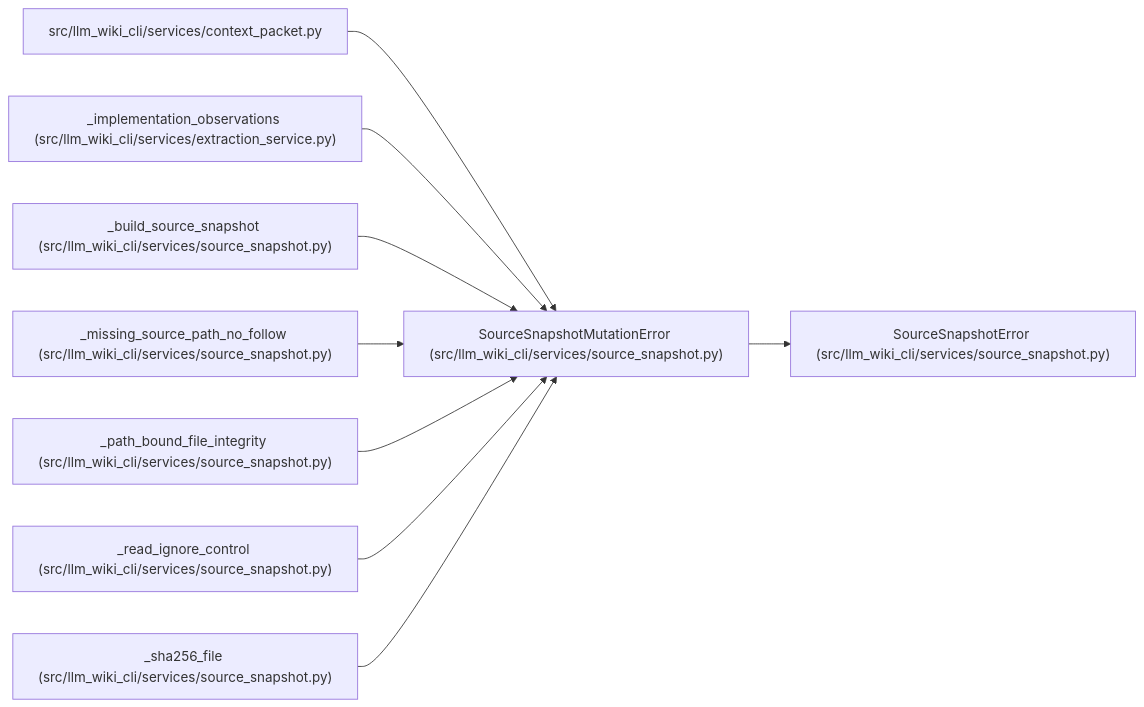
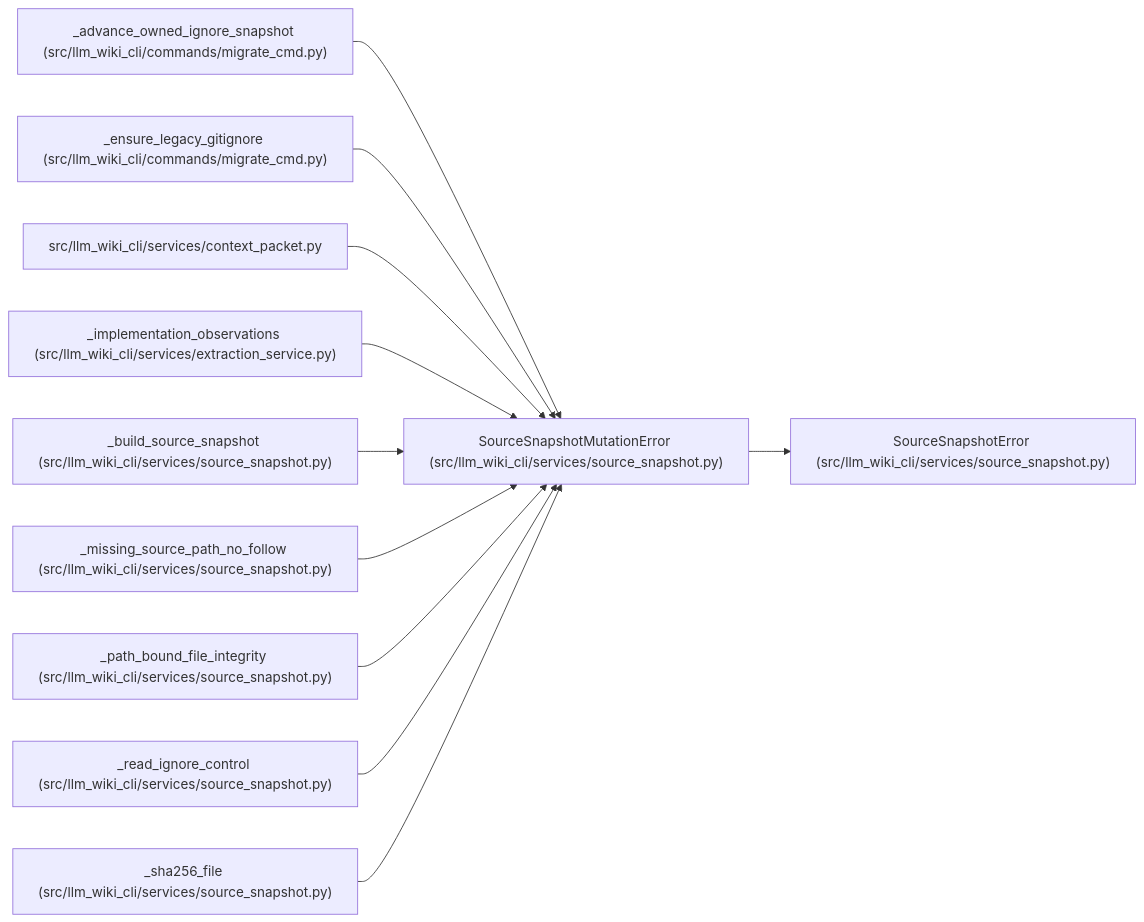
One commit to Denissvgn/python-wiki-llm changed the diagram in docs/llm_wiki/entities/SourceSnapshotMutationError.md. Above: the diagram before and after it, drawn with Mermaid. The commit also changed other lines of this file and 268 other files, not shown here.

````diff
--- a/docs/llm_wiki/entities/SourceSnapshotMutationError.md
+++ b/docs/llm_wiki/entities/SourceSnapshotMutationError.md
@@ -23,29 +23,35 @@
 ```mermaid
 flowchart LR
     n0["SourceSnapshotMutationError (src/llm_wiki_cli/services/source_snapshot.py)"]
     n1["SourceSnapshotError (src/llm_wiki_cli/services/source_snapshot.py)"]
-    n2["src/llm_wiki_cli/services/context_packet.py"]
-    n3["_implementation_observations (src/llm_wiki_cli/services/extraction_service.py)"]
-    n4["_build_source_snapshot (src/llm_wiki_cli/services/source_snapshot.py)"]
-    n5["_missing_source_path_no_follow (src/llm_wiki_cli/services/source_snapshot.py)"]
-    n6["_path_bound_file_integrity (src/llm_wiki_cli/services/source_snapshot.py)"]
-    n7["_read_ignore_control (src/llm_wiki_cli/services/source_snapshot.py)"]
-    n8["_sha256_file (src/llm_wiki_cli/services/source_snapshot.py)"]
+    n2["_advance_owned_ignore_snapshot (src/llm_wiki_cli/commands/migrate_cmd.py)"]
+    n3["_ensure_legacy_gitignore (src/llm_wiki_cli/commands/migrate_cmd.py)"]
+    n4["src/llm_wiki_cli/services/context_packet.py"]
+    n5["_implementation_observations (src/llm_wiki_cli/services/extraction_service.py)"]
+    n6["_build_source_snapshot (src/llm_wiki_cli/services/source_snapshot.py)"]
+    n7["_missing_source_path_no_follow (src/llm_wiki_cli/services/source_snapshot.py)"]
+    n8["_path_bound_file_integrity (src/llm_wiki_cli/services/source_snapshot.py)"]
+    n9["_read_ignore_control (src/llm_wiki_cli/services/source_snapshot.py)"]
+    n10["_sha256_file (src/llm_wiki_cli/services/source_snapshot.py)"]
     n0 --> n1
     n2 --> n0
     n3 --> n0
     n4 --> n0
     n5 --> n0
     n6 --> n0
     n7 --> n0
     n8 --> n0
+    n9 --> n0
+    n10 --> n0
     click n0 "../modules/source_snapshot.md"
     click n1 "../modules/source_snapshot.md"
-    click n2 "../modules/context_packet.md"
-    click n3 "../modules/extraction_service.md"
-    click n4 "../modules/source_snapshot.md"
-    click n5 "../modules/source_snapshot.md"
+    click n2 "../modules/migrate_cmd.md"
+    click n3 "../modules/migrate_cmd.md"
+    click n4 "../modules/context_packet.md"
+    click n5 "../modules/extraction_service.md"
     click n6 "../modules/source_snapshot.md"
     click n7 "../modules/source_snapshot.md"
     click n8 "../modules/source_snapshot.md"
+    click n9 "../modules/source_snapshot.md"
+    click n10 "../modules/source_snapshot.md"
 ```
````
